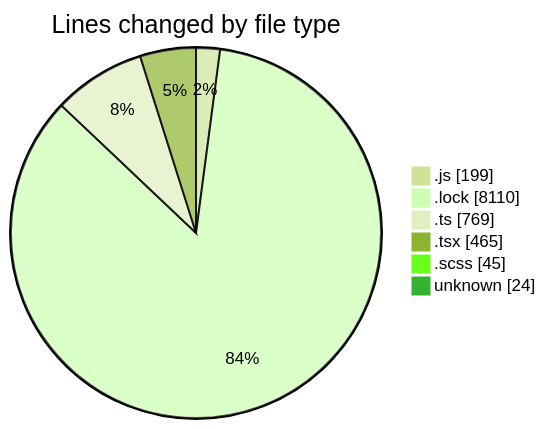
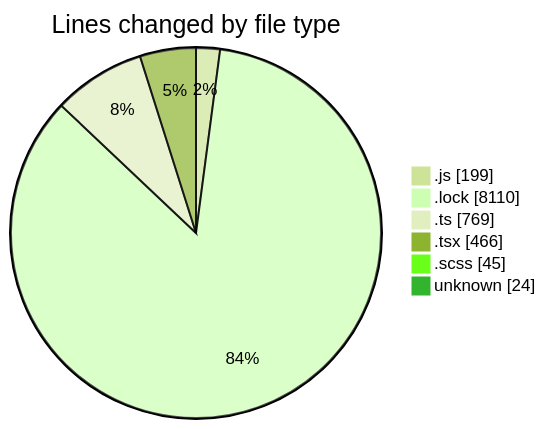
Before and after one commit to momahboobian/code-tracking: the first of 2 diagrams in 2025-02-07/cda/README.md, drawn with Mermaid (forest theme). The commit also changed other lines of this file and 1 other file, not shown here.

````diff
--- a/2025-02-07/cda/README.md
+++ b/2025-02-07/cda/README.md
@@ -48,10 +48,10 @@
 ```mermaid
 pie showData
 title Lines changed by file type
 ".js" : 199
 ".lock" : 8110
 ".ts" : 769
-".tsx" : 465
+".tsx" : 466
 ".scss" : 45
 "unknown" : 24
 ```
````
